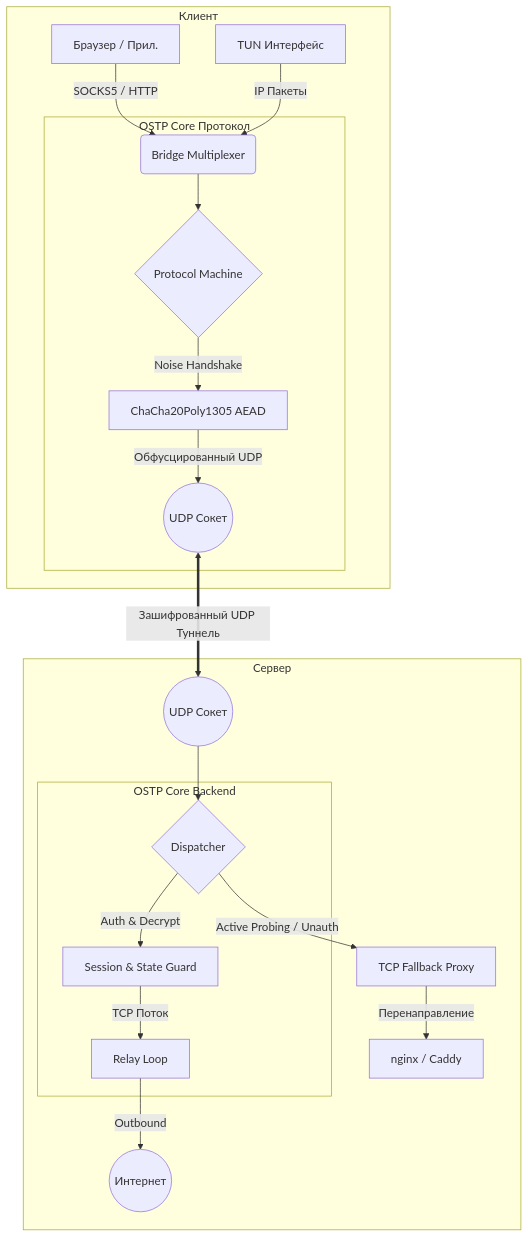
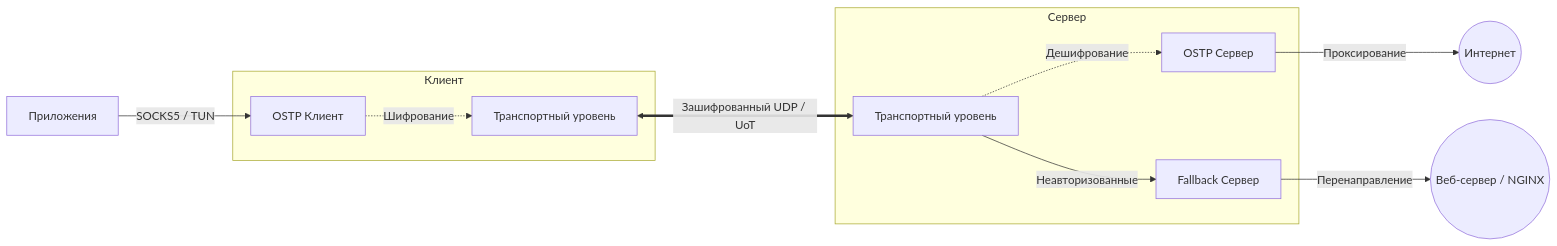
The diagram in README.ru.md (POSTiGA1/Tunnel-OSTP), drawn with Mermaid before and after one commit. The commit also changed other lines of this file and 26 other files, not shown here.

````diff
--- a/README.ru.md
+++ b/README.ru.md
@@ -40,29 +37,18 @@
 ```mermaid
-graph TD
-    subgraph Client ["Клиент"]
-        A[Браузер / Прил.] -->|SOCKS5 / HTTP| B(Bridge Multiplexer)
-        TUN[TUN Интерфейс] -->|IP Пакеты| B
-        
-        subgraph OSTPCoreClient ["OSTP Core Протокол"]
-            B --> C{Protocol Machine}
-            C -->|Noise Handshake| D[ChaCha20Poly1305 AEAD]
-            D -->|Обфусцированный UDP| E((UDP Сокет))
-        end
+flowchart LR
+    Apps[Приложения] -->|SOCKS5 / TUN| CoreC
+
+    subgraph Client [Клиент]
+        CoreC[OSTP Клиент] -.->|Шифрование| NetC[Транспортный уровень]
     end
 
-    E <==>|Зашифрованный UDP Туннель| F
+    NetC <==>|Зашифрованный UDP / UoT| NetS
 
-    subgraph Server ["Сервер"]
-        F((UDP Сокет)) --> G{Dispatcher}
-        
-        subgraph OSTPCoreServer ["OSTP Core Backend"]
-            G -->|Auth & Decrypt| H[Session & State Guard]
-            H -->|TCP Поток| I[Relay Loop]
-        end
-        
-        G -->|Active Probing / Unauth| FB[TCP Fallback Proxy]
-        FB -->|Перенаправление| NGINX[nginx / Caddy]
-        
-        I -->|Outbound| WWW((Интернет))
+    subgraph Server [Сервер]
+        NetS[Транспортный уровень] -.->|Дешифрование| CoreS[OSTP Сервер]
+        NetS -->|Неавторизованные| Fallback[Fallback Сервер]
     end
+
+    CoreS -->|Проксирование| WWW((Интернет))
+    Fallback -->|Перенаправление| Web((Веб-сервер / NGINX))
 ```
````
